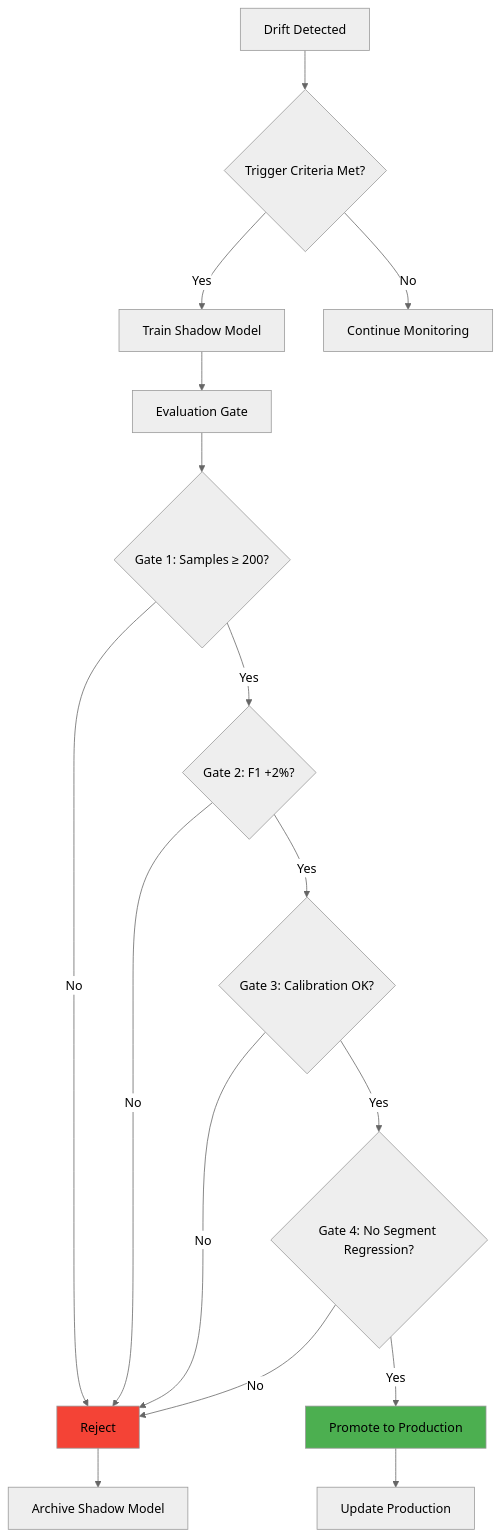
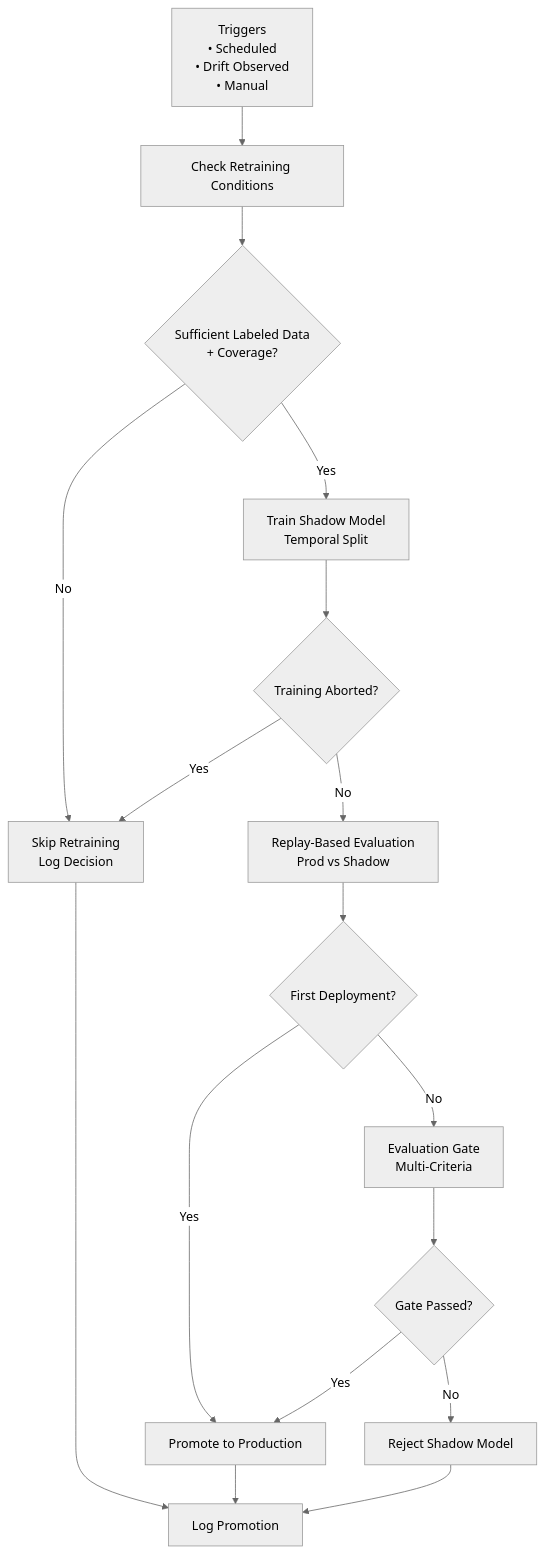
Before and after one commit to Nimish1106/self-healing-mlops: the fourth of 11 diagrams in docs/architecture.md, drawn with Mermaid (neutral theme).

Commit message:
Update self-healing flowchart in architecture documentation

````diff
--- a/docs/architecture.md
+++ b/docs/architecture.md
@@ -83,27 +83,27 @@
 ```mermaid
-graph TD
-    A[Drift Detected] --> B{Trigger Criteria Met?}
-    B -->|Yes| C[Train Shadow Model]
-    B -->|No| D[Continue Monitoring]
+flowchart TD
+    A[Triggers<br/>• Scheduled<br/>• Drift Observed<br/>• Manual] --> B[Check Retraining Conditions]
 
-    C --> E[Evaluation Gate]
+    B --> C{Sufficient Labeled Data<br/>+ Coverage?}
+    C -- No --> Z[Skip Retraining<br/>Log Decision]
 
-    E --> F{Gate 1: Samples ≥ 200?}
-    F -->|No| G[Reject]
-    F -->|Yes| H{Gate 2: F1 +2%?}
+    C -- Yes --> D[Train Shadow Model<br/>Temporal Split]
 
-    H -->|No| G
-    H -->|Yes| I{Gate 3: Calibration OK?}
+    D --> E{Training Aborted?}
+    E -- Yes --> Z
+    E -- No --> F[Replay-Based Evaluation<br/>Prod vs Shadow]
 
-    I -->|No| G
-    I -->|Yes| J{Gate 4: No Segment Regression?}
+    F --> G{First Deployment?}
+    G -- Yes --> K[Auto-Promote]
 
-    J -->|No| G
-    J -->|Yes| K[Promote to Production]
+    G -- No --> H[Evaluation Gate<br/>Multi-Criteria]
 
-    G --> L[Archive Shadow Model]
-    K --> M[Update Production]
+    H --> I{Gate Passed?}
+    I -- Yes --> K[Promote to Production]
+    I -- No --> J[Reject Shadow Model]
 
-    style K fill:#4CAF50
-    style G fill:#F44336
+    K --> L[Log Promotion]
+    J --> L
+    Z --> L
+
 ```
````
